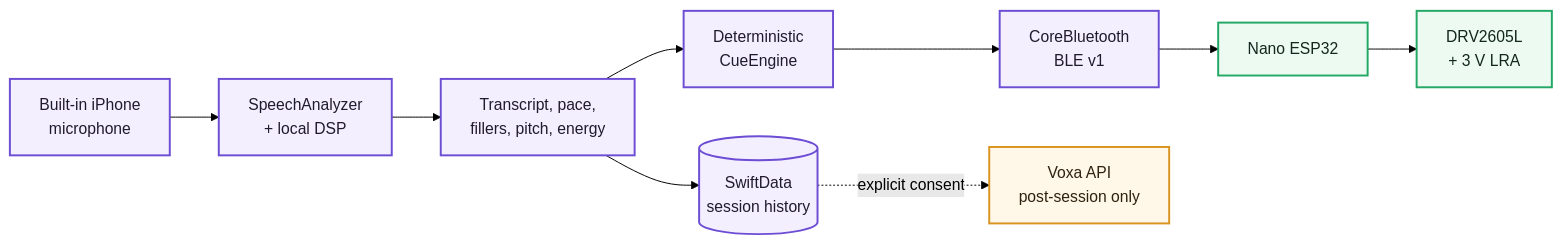
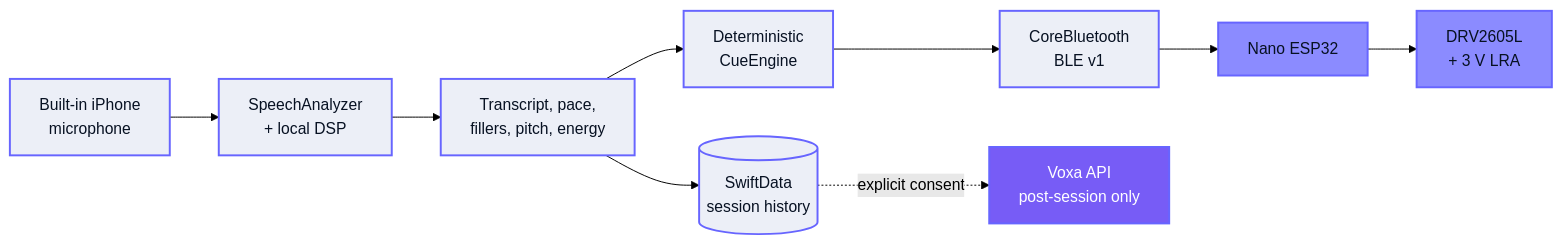
The diagram in README.md (amaar-mc/voxa-cue), drawn with Mermaid (forest theme) before and after one commit. The commit also changed other lines of this file, not shown here.

````diff
--- a/README.md
+++ b/README.md
@@ -72,18 +81,18 @@
 ```mermaid
 flowchart LR
     MIC["Built-in iPhone<br/>microphone"] --> SPEECH["SpeechAnalyzer<br/>+ local DSP"]
     SPEECH --> METRICS["Transcript, pace,<br/>fillers, pitch, energy"]
     METRICS --> ENGINE["Deterministic<br/>CueEngine"]
     ENGINE --> BLE["CoreBluetooth<br/>BLE v1"]
     BLE --> NANO["Nano ESP32"]
     NANO --> MOTOR["DRV2605L<br/>+ 3 V LRA"]
     METRICS --> STORE[("SwiftData<br/>session history")]
     STORE -. "explicit consent" .-> API["Voxa API<br/>post-session only"]
 
-    classDef phone fill:#f4efff,stroke:#6c4dd3,color:#201b2c,stroke-width:2px;
-    classDef band fill:#ecfaf2,stroke:#24a866,color:#14271c,stroke-width:2px;
-    classDef optional fill:#fff7e7,stroke:#d99522,color:#302211,stroke-width:2px;
+    classDef phone fill:#ECEFF7,stroke:#6765FF,color:#071122,stroke-width:2px;
+    classDef band fill:#8B8BFF,stroke:#6765FF,color:#071122,stroke-width:2px;
+    classDef optional fill:#775CF6,stroke:#6765FF,color:#ffffff,stroke-width:2px;
     class MIC,SPEECH,METRICS,ENGINE,BLE,STORE phone;
     class NANO,MOTOR band;
     class API optional;
 ```
````
